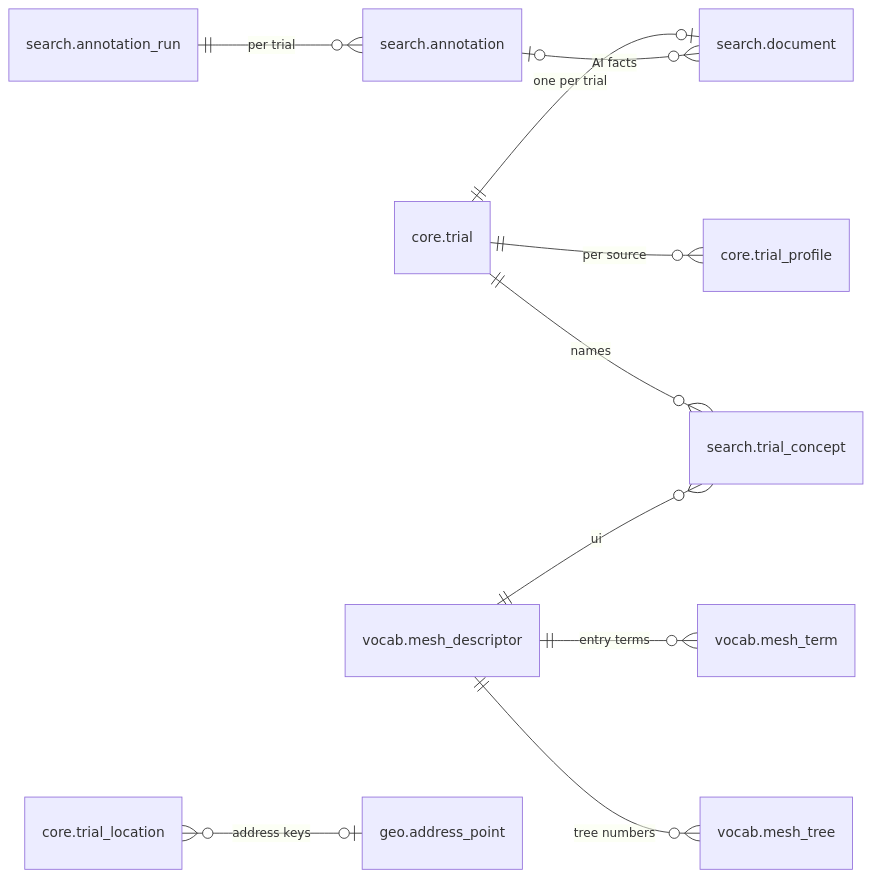
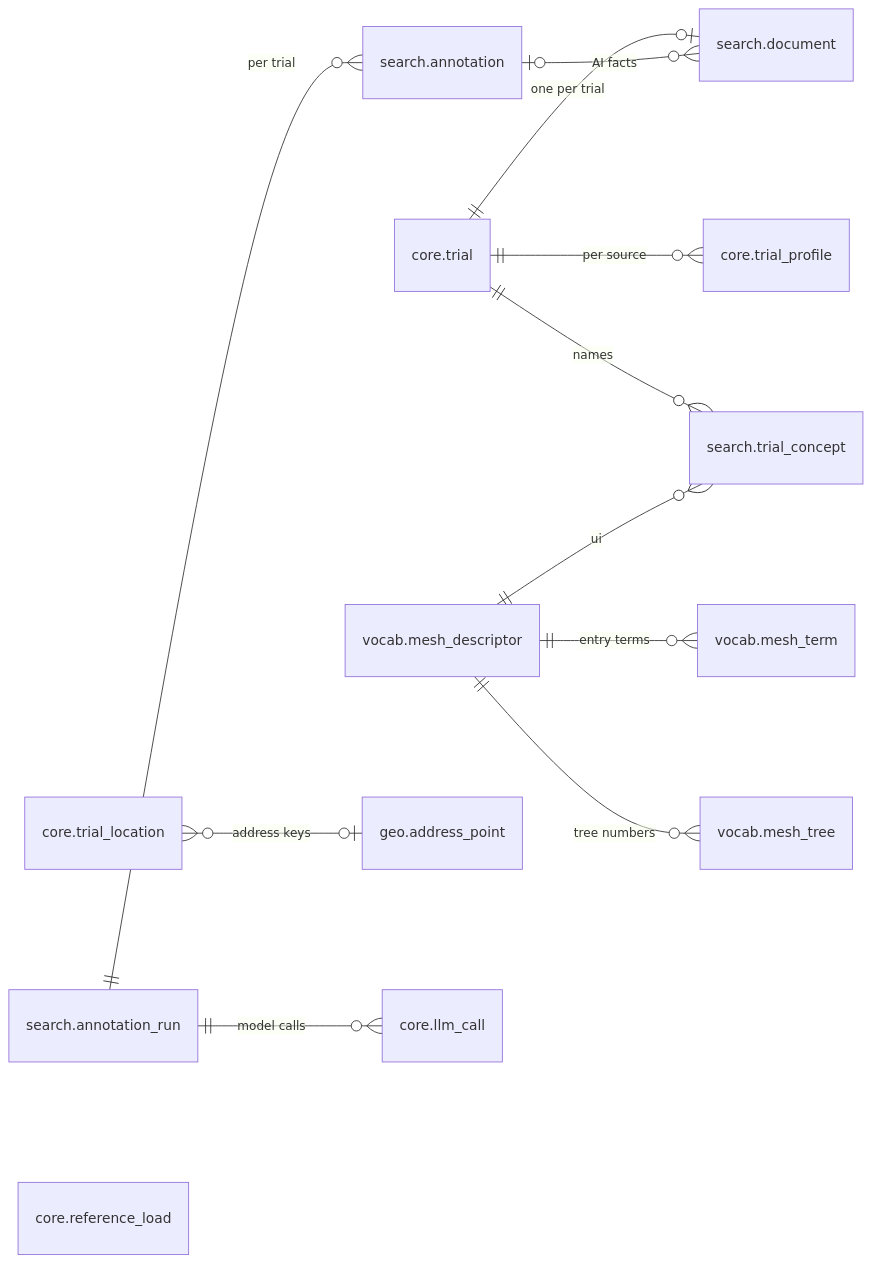
Before and after one commit to shmarlya/trialwatch: the second of 2 diagrams in docs/search.md, drawn with Mermaid. The commit also changed other lines of this file and 6 other files, not shown here.

First line of the commit message:
docs: diagrams match the code, deploy from the image, plain style wording

````diff
--- a/docs/search.md
+++ b/docs/search.md
@@ -136,24 +136,27 @@
 ```mermaid
 erDiagram
     direction LR
     trial["core.trial"]
     profile["core.trial_profile"]
     location["core.trial_location"]
     document["search.document"]
     concept["search.trial_concept"]
     annotation_run["search.annotation_run"]
     annotation["search.annotation"]
     descriptor["vocab.mesh_descriptor"]
     term["vocab.mesh_term"]
     tree["vocab.mesh_tree"]
     point["geo.address_point"]
+    llm_call["core.llm_call"]
+    reference_load["core.reference_load"]
     trial ||--o{ profile : "per source"
     trial ||--o| document : "one per trial"
     trial ||--o{ concept : "names"
     descriptor ||--o{ concept : "ui"
     descriptor ||--o{ term : "entry terms"
     descriptor ||--o{ tree : "tree numbers"
     annotation_run ||--o{ annotation : "per trial"
     annotation |o--o{ document : "AI facts"
     location }o--o| point : "address keys"
+    annotation_run ||--o{ llm_call : "model calls"
 ```
````
